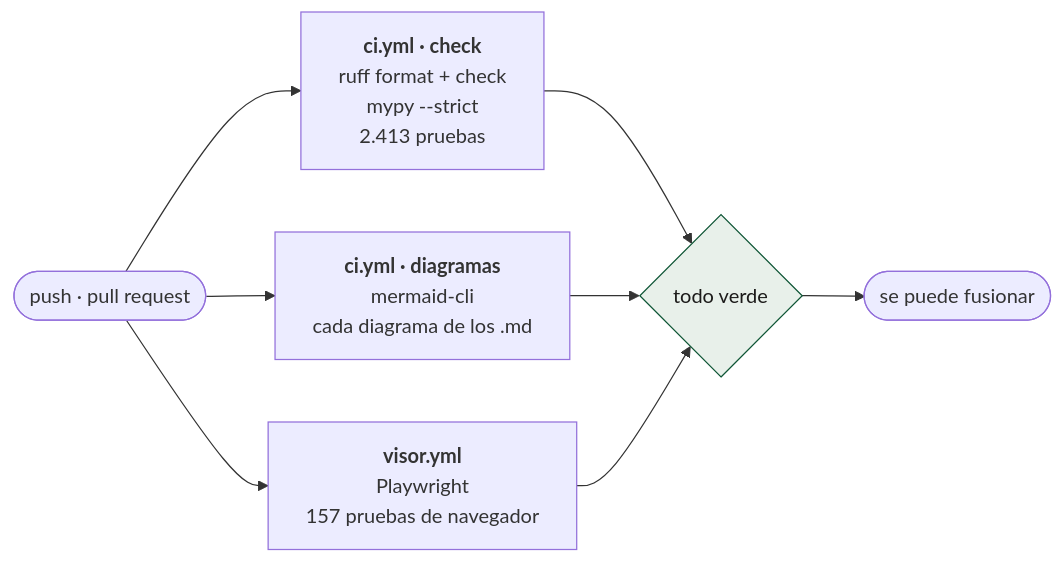
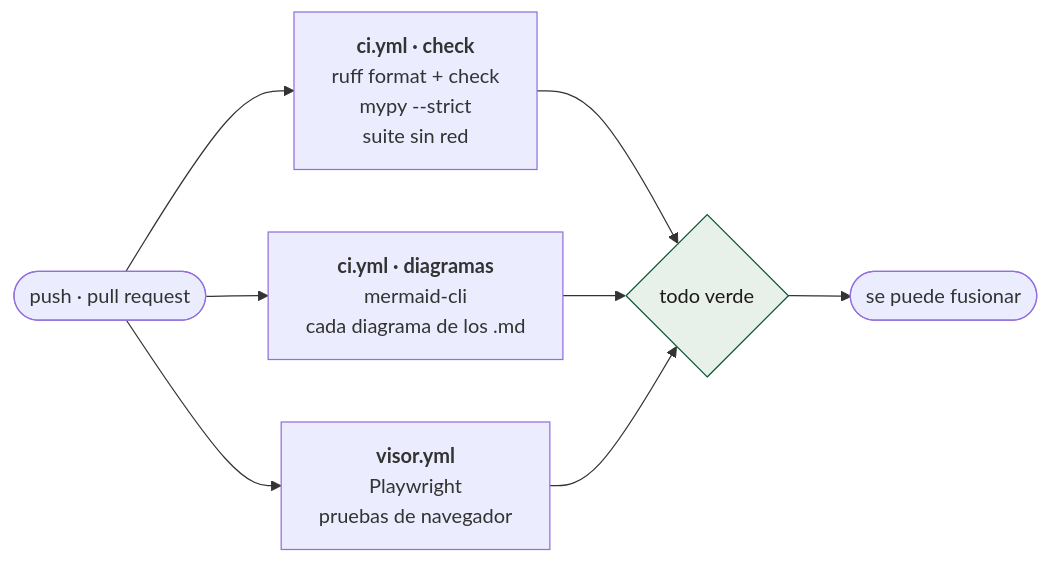
Before and after one commit to sforero77/CENTINELA: the third of 3 diagrams in docs/acciones/mantenimiento.md, drawn with Mermaid. The commit also changed 11 other files, not shown here.

````diff
--- a/docs/acciones/mantenimiento.md
+++ b/docs/acciones/mantenimiento.md
@@ -170,12 +170,12 @@
 ```mermaid
 flowchart LR
-  PR(["push · pull request"]) --> CI["<b>ci.yml · check</b><br/>ruff format + check<br/>mypy --strict<br/>2.413 pruebas"]
+  PR(["push · pull request"]) --> CI["<b>ci.yml · check</b><br/>ruff format + check<br/>mypy --strict<br/>suite sin red"]
   PR --> DIAG["<b>ci.yml · diagramas</b><br/>mermaid-cli<br/>cada diagrama de los .md"]
-  PR --> VIS["<b>visor.yml</b><br/>Playwright<br/>157 pruebas de navegador"]
+  PR --> VIS["<b>visor.yml</b><br/>Playwright<br/>pruebas de navegador"]
   CI --> M{"todo verde"}
   DIAG --> M
   VIS --> M
   M --> MERGE(["se puede fusionar"])
 
   style M fill:#e8f0ea,stroke:#0f5636,color:#1c1b1a
 ```
````
